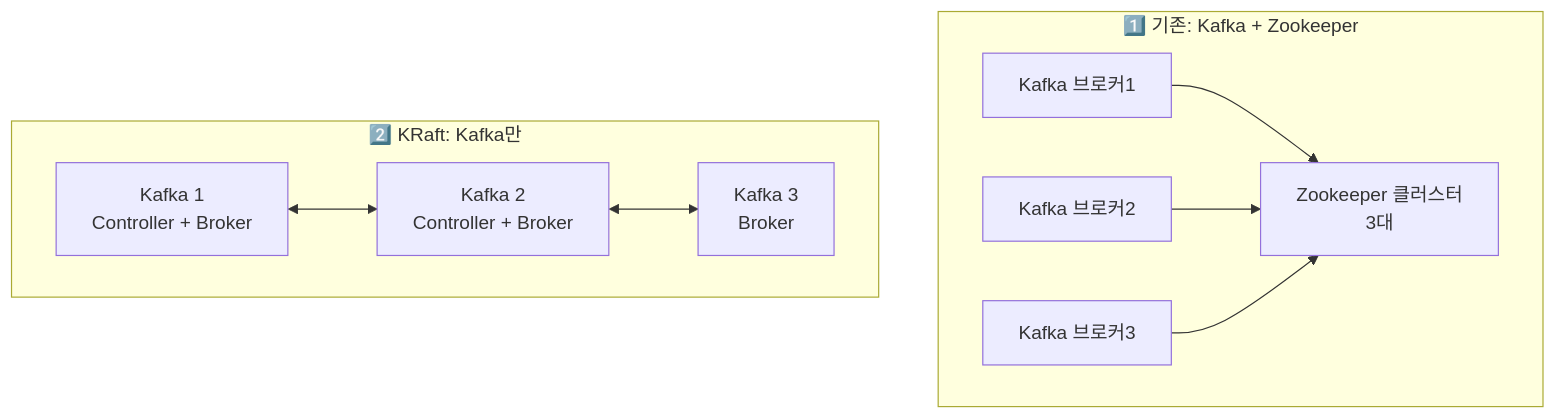
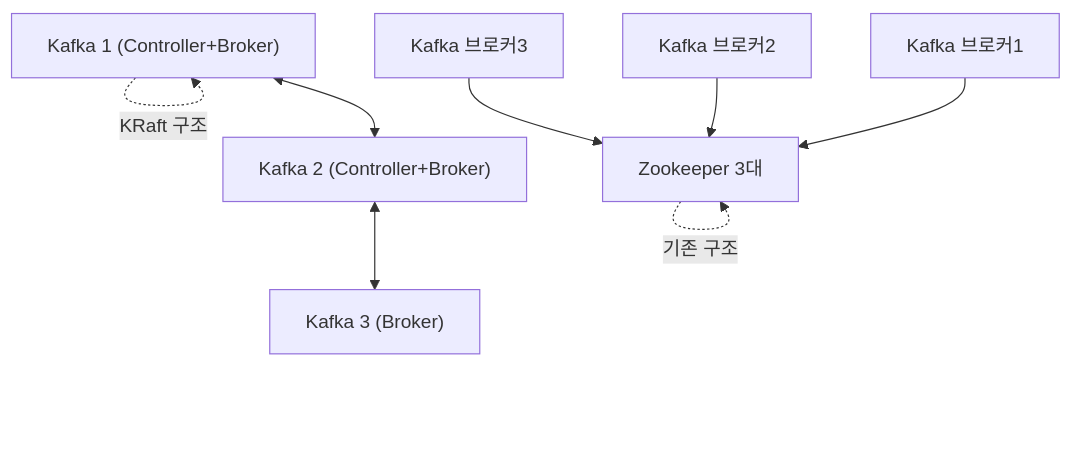
One commit to yjkim2015/yjkim2015.github.io changed diagram 11 of 12 in _posts/kafka/2026-05-02-kafka-deep.md. Above: the diagram before and after it, drawn with Mermaid. The commit also changed other lines of this file and 215 other files, not shown here.

First line of the commit message:
신규 포스트 10개 추가 + Mermaid 전면 축소 + SystemDesign 시리즈 보강

````diff
--- a/_posts/kafka/2026-05-02-kafka-deep.md
+++ b/_posts/kafka/2026-05-02-kafka-deep.md
@@ -696,20 +624,10 @@
 ```mermaid
 graph TD
-    subgraph "1️⃣ 기존: Kafka + Zookeeper"
-        ZK["Zookeeper 클러스터\n3대"]
-        K1["Kafka 브로커1"]
-        K2["Kafka 브로커2"]
-        K3["Kafka 브로커3"]
-        K1 --> ZK
-        K2 --> ZK
-        K3 --> ZK
-    end
-
-    subgraph "2️⃣ KRaft: Kafka만"
-        KR1["Kafka 1\nController + Broker"]
-        KR2["Kafka 2\nController + Broker"]
-        KR3["Kafka 3\nBroker"]
-        KR1 <--> KR2
-        KR2 <--> KR3
-    end
+    K1["Kafka 브로커1"] --> ZK["Zookeeper 3대"]
+    K2["Kafka 브로커2"] --> ZK
+    K3["Kafka 브로커3"] --> ZK
+    KR1["Kafka 1 (Controller+Broker)"] <--> KR2["Kafka 2 (Controller+Broker)"]
+    KR2 <--> KR3["Kafka 3 (Broker)"]
+    ZK -.->|"기존 구조"| ZK
+    KR1 -.->|"KRaft 구조"| KR1
 ```
````
